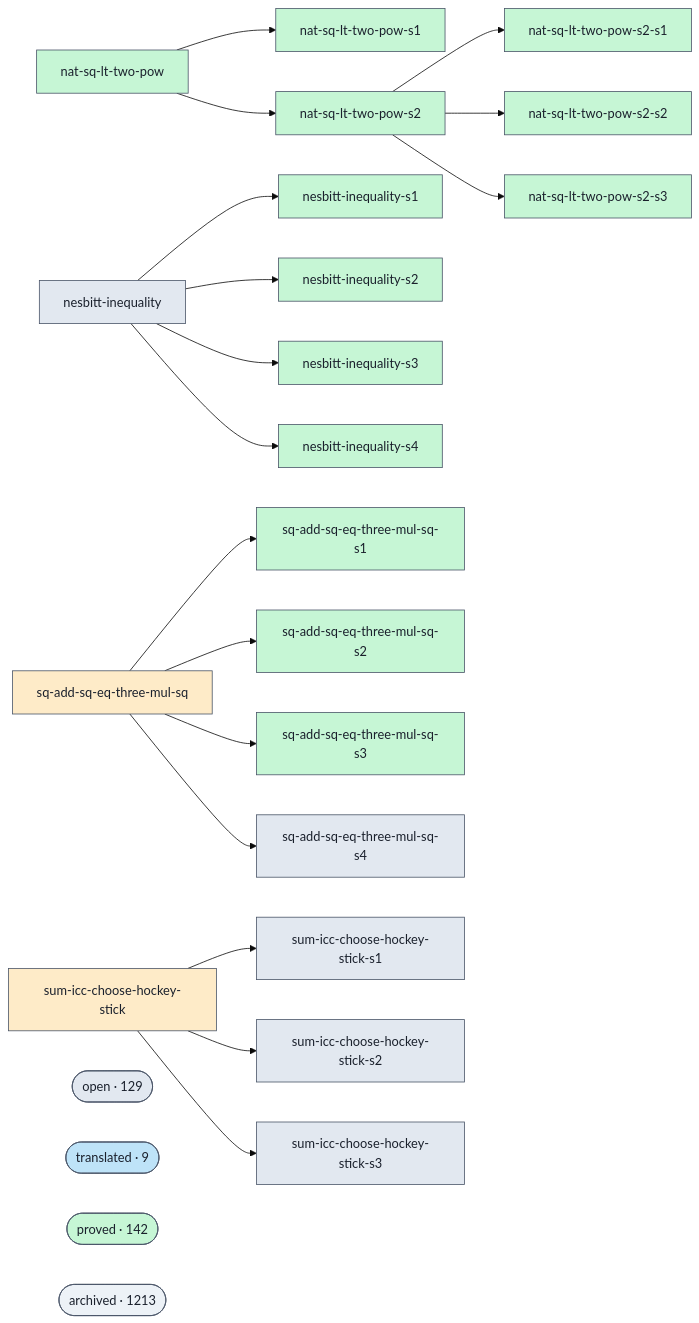
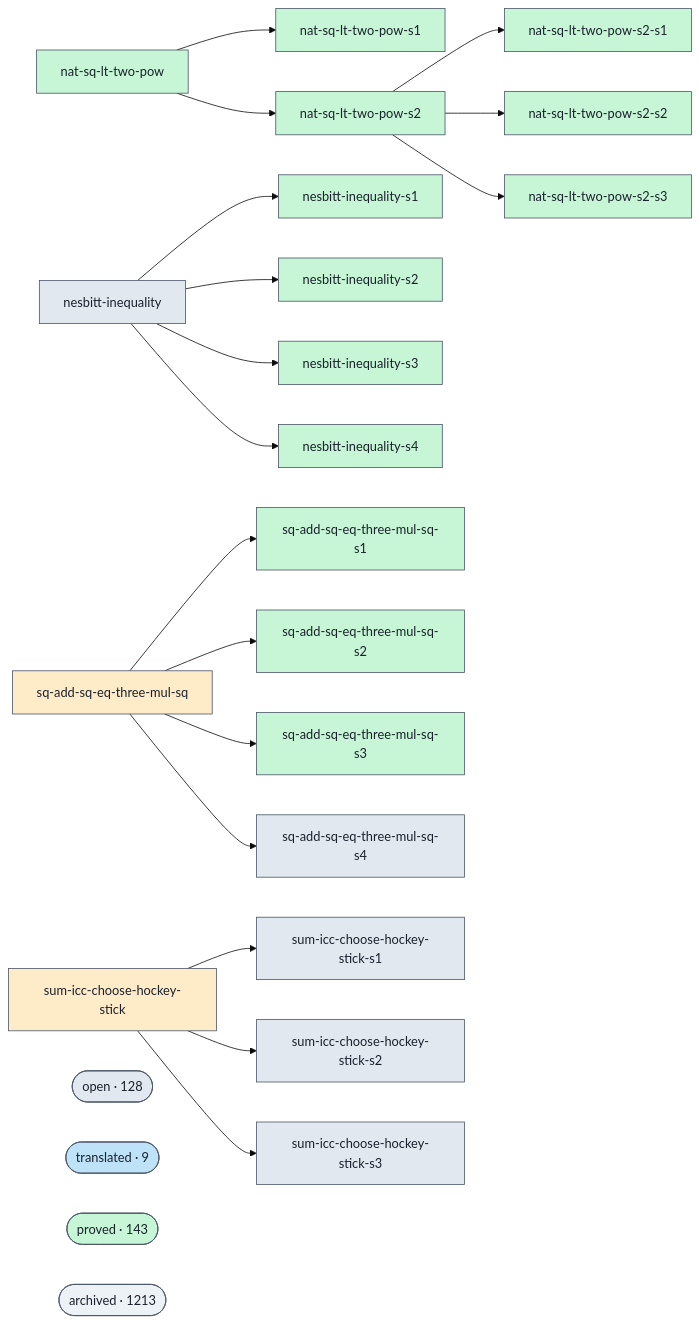
One commit to ohdearquant/unsorry changed the diagram in docs/proofs-contributors-visualisation.md. Above: the diagram before and after it, drawn with Mermaid (base theme). The commit also changed other lines of this file and 2 other files, not shown here.

```diff
--- a/docs/proofs-contributors-visualisation.md
+++ b/docs/proofs-contributors-visualisation.md
@@ -98,11 +98,11 @@
   g_sum_icc_choose_hockey_stick --> g_sum_icc_choose_hockey_stick_s1
   g_sum_icc_choose_hockey_stick --> g_sum_icc_choose_hockey_stick_s2
   g_sum_icc_choose_hockey_stick --> g_sum_icc_choose_hockey_stick_s3
-  cluster_open(["open · 129"])
+  cluster_open(["open · 128"])
   class cluster_open open;
   cluster_translated(["translated · 9"])
   class cluster_translated translated;
-  cluster_proved(["proved · 142"])
+  cluster_proved(["proved · 143"])
   class cluster_proved proved;
   cluster_archived(["archived · 1213"])
   class cluster_archived unknown;
```
